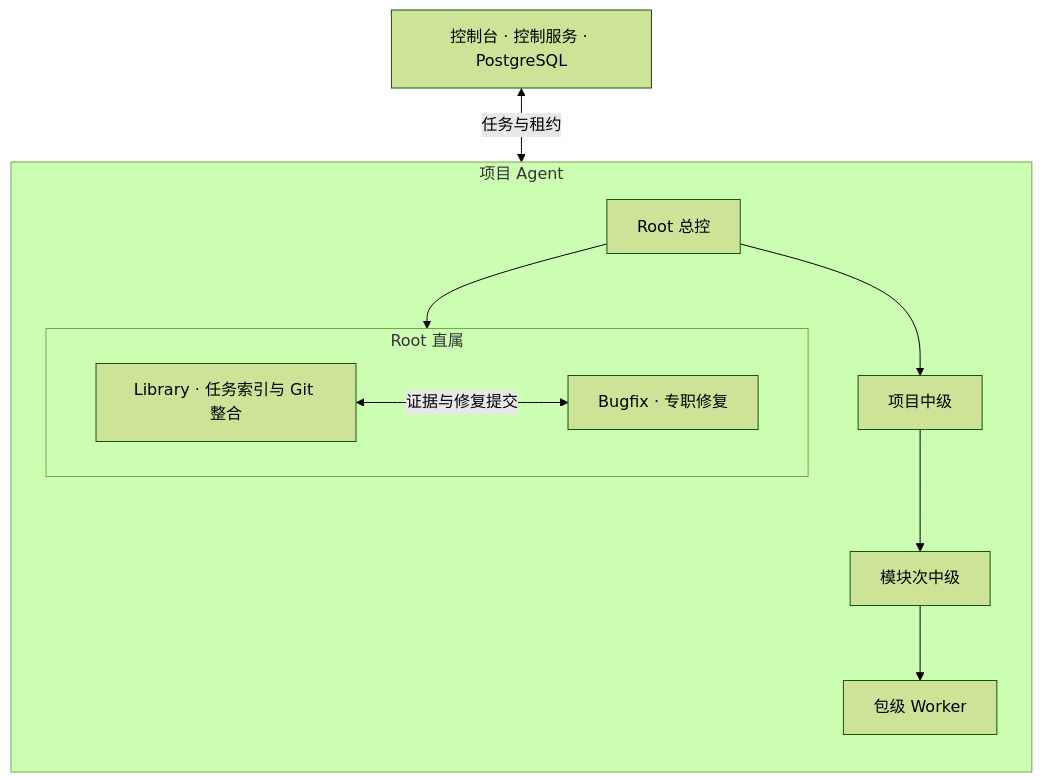
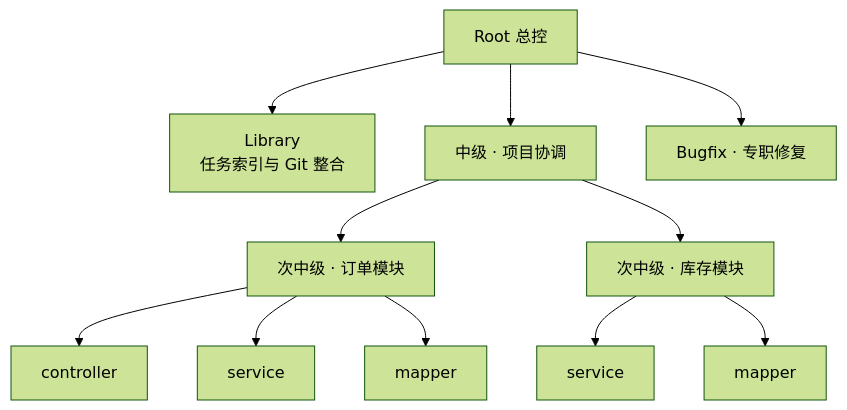
The first of 2 diagrams in README.md (William-StarX/Multi-Agent-Development-Platform-for-Java), drawn with Mermaid (forest theme) before and after one commit. The commit also changed other lines of this file, not shown here.

Commit message:
Show JDDA agent hierarchy as a tree

````diff
--- a/README.md
+++ b/README.md
@@ -11,13 +11,14 @@
 ```mermaid
 flowchart TB
-    control["控制台 · 控制服务 · PostgreSQL"] <-->|"任务与租约"| agents
-    subgraph agents["项目 Agent"]
-        direction TB
-        root["Root 总控"] --> middle["项目中级"] --> scope["模块次中级"] --> worker["包级 Worker"]
-        root --> specialists
-        subgraph specialists["Root 直属"]
-            direction LR
-            library["Library · 任务索引与 Git 整合"] <-->|"证据与修复提交"| bugfix["Bugfix · 专职修复"]
-        end
-    end
+    accTitle: JDDA Agent 组织树
+    root["Root 总控"] --> library["Library<br/>任务索引与 Git 整合"]
+    root --> middle["中级 · 项目协调"]
+    root --> bugfix["Bugfix · 专职修复"]
+    middle --> order["次中级 · 订单模块"]
+    middle --> inventory["次中级 · 库存模块"]
+    order --> orderController["controller"]
+    order --> orderService["service"]
+    order --> orderMapper["mapper"]
+    inventory --> inventoryService["service"]
+    inventory --> inventoryMapper["mapper"]
 ```
````
